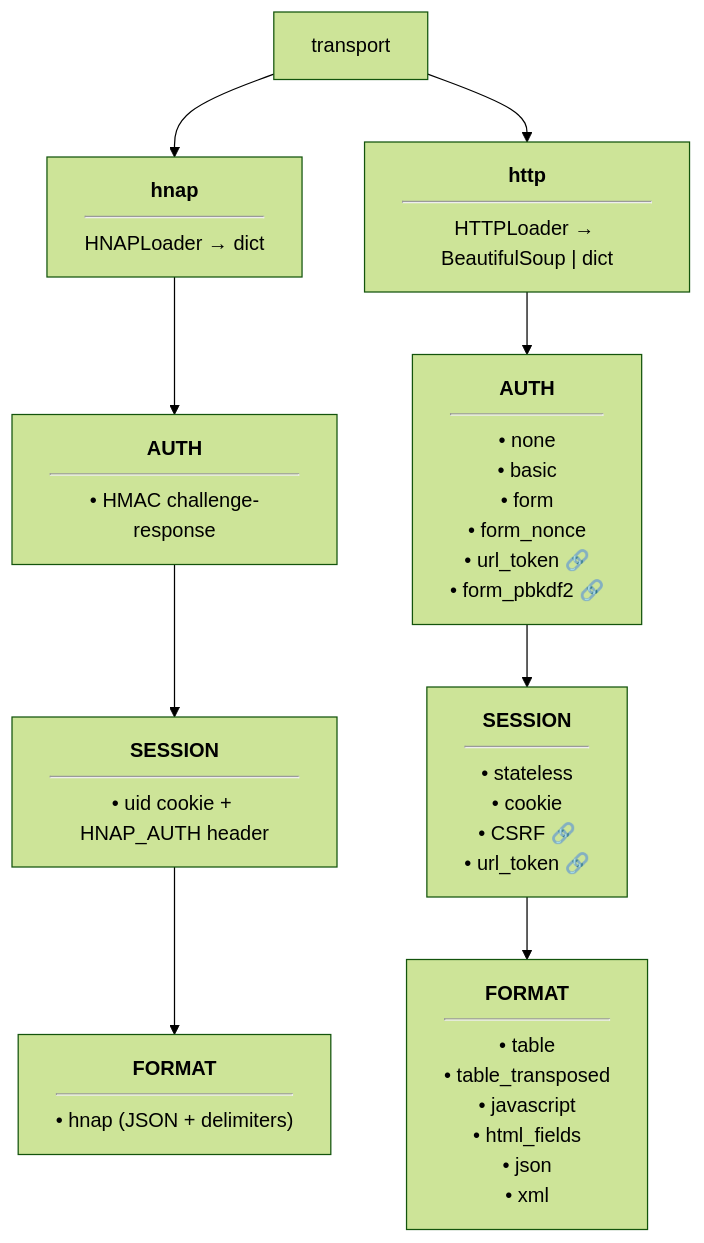
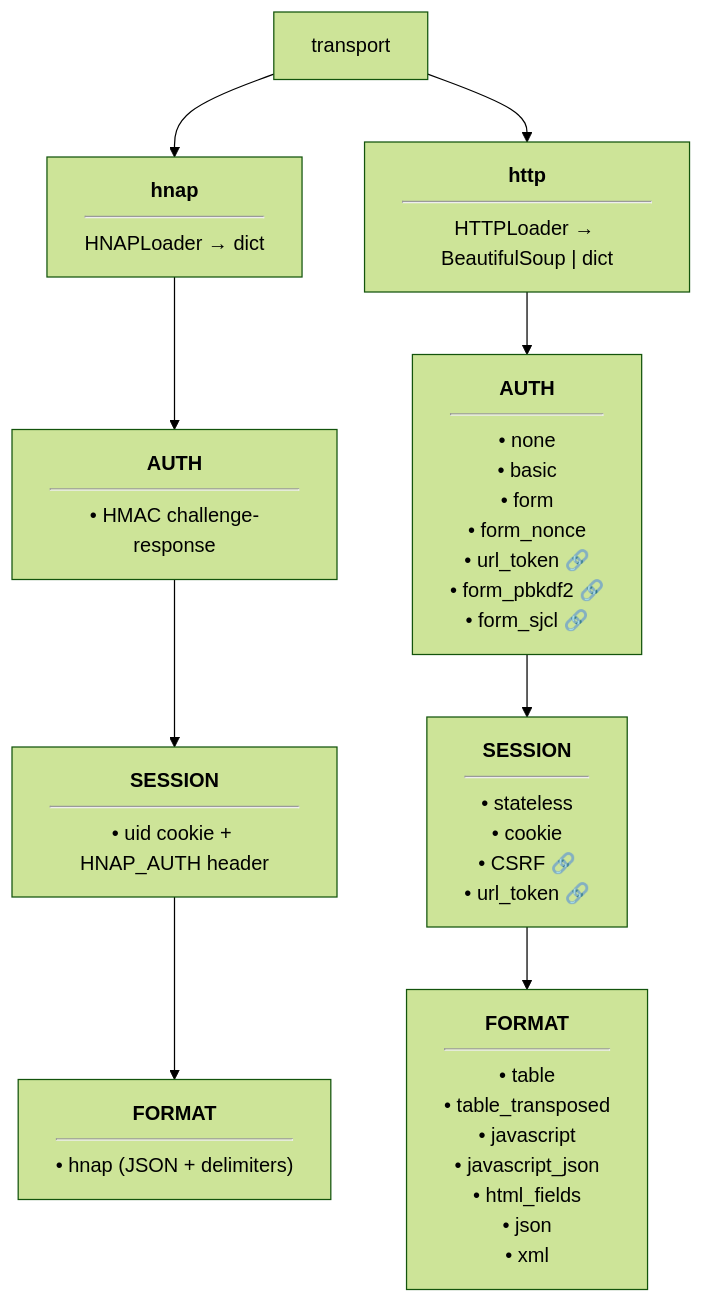
The second of 2 diagrams in packages/cable_modem_monitor_core/docs/ARCHITECTURE.md (solentlabs/cable_modem_monitor), drawn with Mermaid (forest theme) before and after one commit. The commit also changed other lines of this file and 115 other files, not shown here.

````diff
--- a/packages/cable_modem_monitor_core/docs/ARCHITECTURE.md
+++ b/packages/cable_modem_monitor_core/docs/ARCHITECTURE.md
@@ -178,13 +178,13 @@
 ```mermaid
 graph TD
     T[transport] --> HNAP["<b>hnap</b><hr/>HNAPLoader → dict"]
     T --> HTTP["<b>http</b><hr/>HTTPLoader → BeautifulSoup | dict"]
 
     HNAP --> HA["<b>AUTH</b><hr/>• HMAC challenge-response"]
     HA --> HS["<b>SESSION</b><hr/>• uid cookie + HNAP_AUTH header"]
     HS --> HF["<b>FORMAT</b><hr/>• hnap (JSON + delimiters)"]
 
-    HTTP --> HTA["<b>AUTH</b><hr/>• none<br/>• basic<br/>• form<br/>• form_nonce<br/>• url_token 🔗<br/>• form_pbkdf2 🔗"]
+    HTTP --> HTA["<b>AUTH</b><hr/>• none<br/>• basic<br/>• form<br/>• form_nonce<br/>• url_token 🔗<br/>• form_pbkdf2 🔗<br/>• form_sjcl 🔗"]
     HTA --> HTS["<b>SESSION</b><hr/>• stateless<br/>• cookie<br/>• CSRF 🔗<br/>• url_token 🔗"]
-    HTS --> HTF["<b>FORMAT</b><hr/>• table<br/>• table_transposed<br/>• javascript<br/>• html_fields<br/>• json<br/>• xml"]
+    HTS --> HTF["<b>FORMAT</b><hr/>• table<br/>• table_transposed<br/>• javascript<br/>• javascript_json<br/>• html_fields<br/>• json<br/>• xml"]
 ```
````
